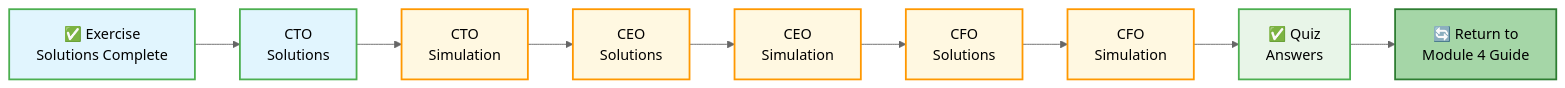
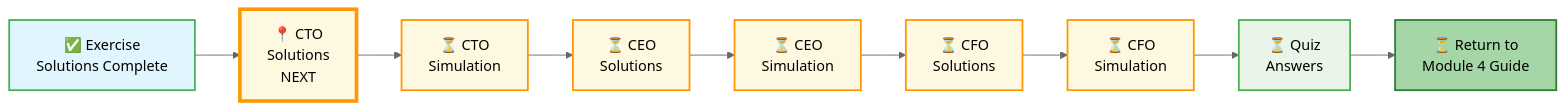
One commit to uniqueumamaheswari-universe/SQLVerse changed the first of 2 diagrams in Level-1-beginner/Module4-JoiningTables/4-exerciseAndQuizSolutions/6-capstone-solutions/README.md. Above: the diagram before and after it, drawn with Mermaid (neutral theme). The commit also changed other lines of this file and 3 other files, not shown here.

````diff
--- a/Level-1-beginner/Module4-JoiningTables/4-exerciseAndQuizSolutions/6-capstone-solutions/README.md
+++ b/Level-1-beginner/Module4-JoiningTables/4-exerciseAndQuizSolutions/6-capstone-solutions/README.md
@@ -22,21 +22,21 @@
 ```mermaid
 flowchart LR
-    A["✅ Exercise<br/>Solutions Complete"] --> B["CTO<br/>Solutions"]
-    B --> C["CTO<br/>Simulation"]
-    C --> D["CEO<br/>Solutions"]
-    D --> E["CEO<br/>Simulation"]
-    E --> F["CFO<br/>Solutions"]
-    F --> G["CFO<br/>Simulation"]
-    G --> H["✅ Quiz<br/>Answers"]
-    H --> I["🔄 Return to<br/>Module 4 Guide"]
+    A["✅ Exercise<br/>Solutions Complete"] --> B["📍 CTO<br/>Solutions<br/>NEXT"]
+    B --> C["⏳ CTO<br/>Simulation"]
+    C --> D["⏳ CEO<br/>Solutions"]
+    D --> E["⏳ CEO<br/>Simulation"]
+    E --> F["⏳ CFO<br/>Solutions"]
+    F --> G["⏳ CFO<br/>Simulation"]
+    G --> H["⏳ Quiz<br/>Answers"]
+    H --> I["⏳ Return to<br/>Module 4 Guide"]
     
     style A fill:#e1f5fe,stroke:#4caf50,stroke-width:2px
-    style B fill:#e1f5fe,stroke:#4caf50,stroke-width:2px
+    style B fill:#fff8e1,stroke:#ff9800,stroke-width:4px
     style C fill:#fff8e1,stroke:#ff9800,stroke-width:2px
     style D fill:#fff8e1,stroke:#ff9800,stroke-width:2px
     style E fill:#fff8e1,stroke:#ff9800,stroke-width:2px
     style F fill:#fff8e1,stroke:#ff9800,stroke-width:2px
     style G fill:#fff8e1,stroke:#ff9800,stroke-width:2px
     style H fill:#e8f5e8,stroke:#4caf50,stroke-width:2px
     style I fill:#a5d6a7,stroke:#2e7d32,stroke-width:2px
 ```
````
